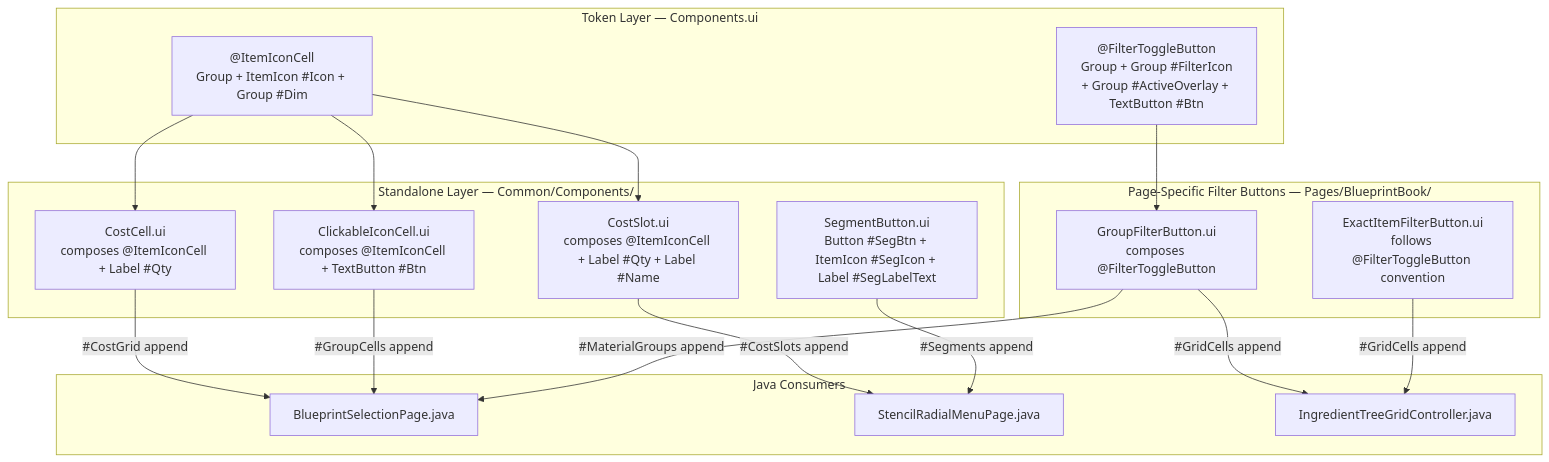
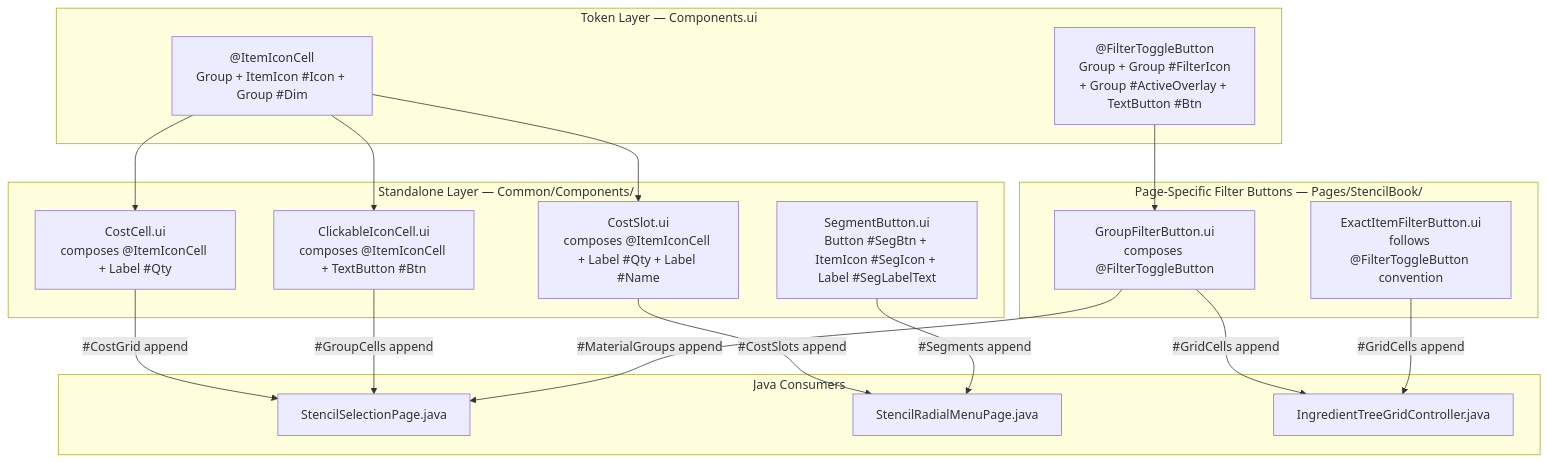
Before and after one commit to TheCodeCreature/Hytale-Example-Plugin: the second of 3 diagrams in docs/design-shared-ui-components.md, drawn with Mermaid. The commit also changed other lines of this file and 289 other files, not shown here.

````diff
--- a/docs/design-shared-ui-components.md
+++ b/docs/design-shared-ui-components.md
@@ -93,38 +93,38 @@
 ```mermaid
 graph TB
     subgraph "Token Layer — Components.ui"
         IIC["@ItemIconCell<br/>Group + ItemIcon #Icon + Group #Dim"]
         FTB["@FilterToggleButton<br/>Group + Group #FilterIcon<br/>+ Group #ActiveOverlay + TextButton #Btn"]
     end
 
     subgraph "Standalone Layer — Common/Components/"
         CC["CostCell.ui<br/>composes @ItemIconCell + Label #Qty"]
         CIC["ClickableIconCell.ui<br/>composes @ItemIconCell + TextButton #Btn"]
         CS["CostSlot.ui<br/>composes @ItemIconCell + Label #Qty + Label #Name"]
         SB["SegmentButton.ui<br/>Button #SegBtn + ItemIcon #SegIcon + Label #SegLabelText"]
     end
 
-    subgraph "Page-Specific Filter Buttons — Pages/BlueprintBook/"
+    subgraph "Page-Specific Filter Buttons — Pages/StencilBook/"
         GFB["GroupFilterButton.ui<br/>composes @FilterToggleButton"]
         EIFB["ExactItemFilterButton.ui<br/>follows @FilterToggleButton convention"]
     end
 
     subgraph "Java Consumers"
-        BSP["BlueprintSelectionPage.java"]
+        BSP["StencilSelectionPage.java"]
         SRM["StencilRadialMenuPage.java"]
         ITG["IngredientTreeGridController.java"]
     end
 
     IIC --> CC
     IIC --> CIC
     IIC --> CS
     FTB --> GFB
 
     CC -- "#CostGrid append" --> BSP
     CIC -- "#GroupCells append" --> BSP
     GFB -- "#MaterialGroups append" --> BSP
     CS -- "#CostSlots append" --> SRM
     SB -- "#Segments append" --> SRM
     GFB -- "#GridCells append" --> ITG
     EIFB -- "#GridCells append" --> ITG
 ```
````
